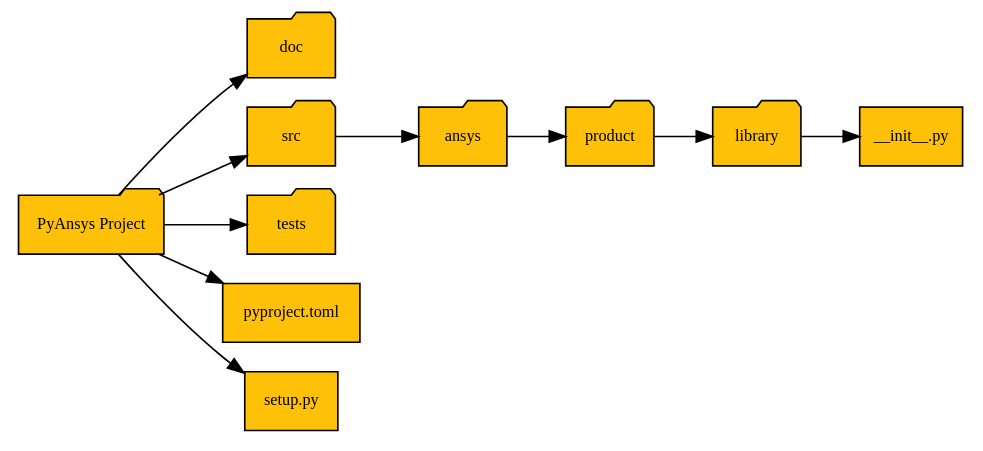
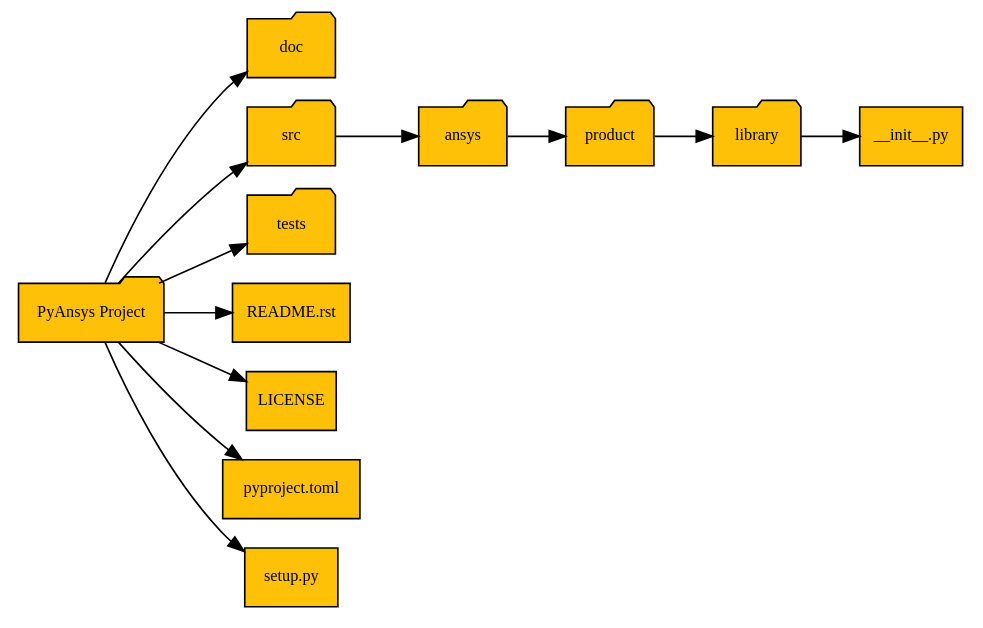
Before and after one commit to ansys/pyansys-dev-guide: the diagram in doc/source/packaging/diagrams/pyproduct_library_structure_diagram.rst, drawn with Graphviz. The commit also changed 3 other files, not shown here.

```diff
--- a/doc/source/packaging/diagrams/pyproduct_library_structure_diagram.rst
+++ b/doc/source/packaging/diagrams/pyproduct_library_structure_diagram.rst
@@ -2,68 +2,78 @@
 .. graphviz::
     :caption: Minimum required PyAnsys project structure
     :alt: Minimum required PyAnsys project structure
     :align: center
 
      digraph "sphinx-ext-graphviz" {
          size="8,6";
          rankdir="LR";
          graph [
            fontname="Verdana", fontsize="10", color="black", fillcolor="white"
          ];
          node [
            fontname="Verdana", fontsize="10", style="filled", color="black", fillcolor="#ffc107"
          ];
 
          pyproduct_library [
            label="PyAnsys Project", shape="folder"
          ];
 
          doc [
            label="doc", shape="folder"
          ]
 
          src [
            label="src", shape="folder"
          ]
 
          ansys [
            label="ansys", shape="folder"
          ]
 
          product [
            label="product", shape="folder"
          ]
 
          library [
            label="library", shape="folder"
          ]
 
          init_file [
            label="__init__.py", shape="file"
          ]
 
          tests [
            label="tests", shape="folder"
          ]
 
+         readme [
+           label="README.rst", shape="file"
+         ]
+
+         license [
+           label="LICENSE", shape="file"
+         ]
+
          pyproject [
            label="pyproject.toml", shape="file"
          ]
 
          setup [
            label="setup.py", shape="file"
          ]
 
 
          pyproduct_library -> doc;
          pyproduct_library -> src;
          pyproduct_library -> tests;
+         pyproduct_library -> license;
+         pyproduct_library -> readme;
          pyproduct_library -> pyproject;
          pyproduct_library -> setup;
 
          src -> ansys;
          ansys -> product;
          product -> library;
          library -> init_file;
 
      }
```
